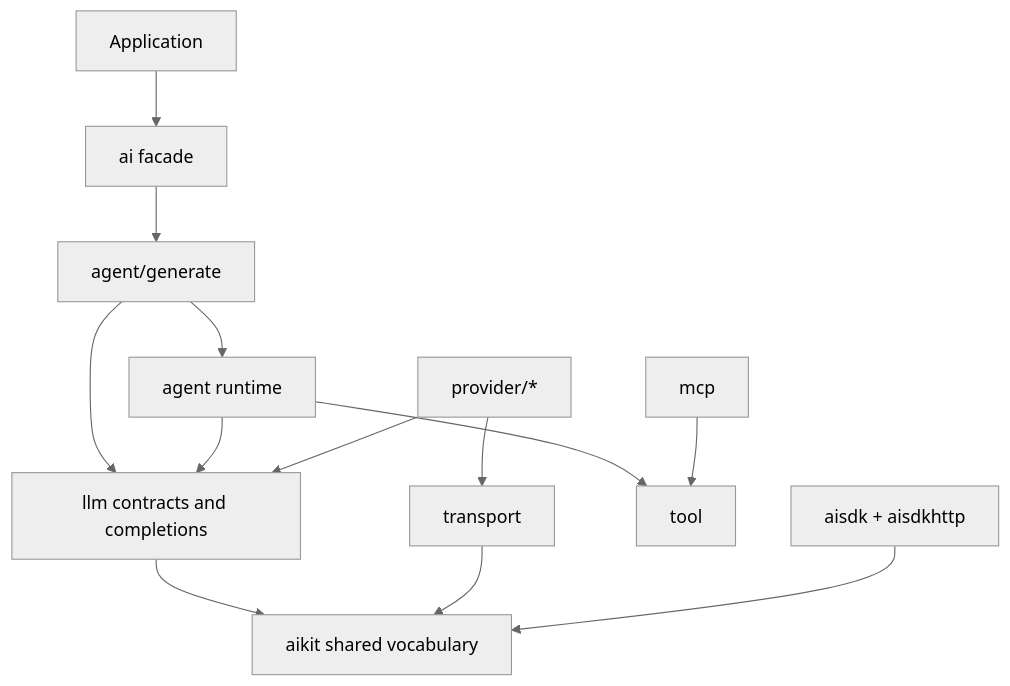
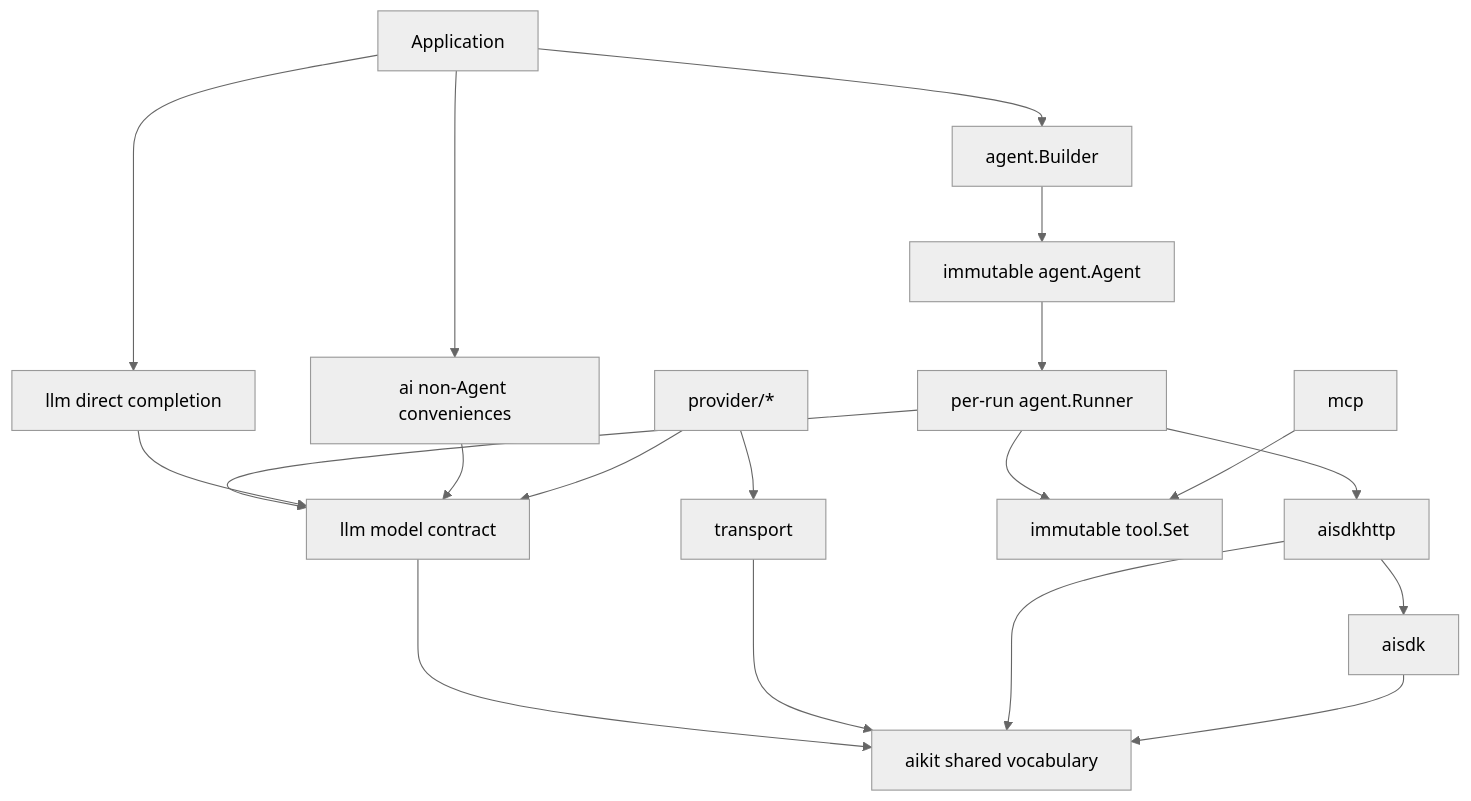
The diagram in docs/docs/architecture.md (open-ai-sdk/ai-go), drawn with Mermaid (neutral theme) before and after one commit. The commit also changed other lines of this file and 207 other files, not shown here.

First line of the commit message:
Refactor SDK architecture, event handling, and enhance documentation (#47)

````diff
--- a/docs/docs/architecture.md
+++ b/docs/docs/architecture.md
@@ -7,17 +7,23 @@
 ```mermaid
 flowchart TD
-    Application --> Facade["ai facade"]
-    Facade --> Generate["agent/generate"]
-    Generate --> Runtime["agent runtime"]
-    Generate --> LLM["llm contracts and completions"]
-    Runtime --> LLM
+    Application --> AI["ai non-Agent conveniences"]
+    Application --> Builder["agent.Builder"]
+    Application --> Direct["llm direct completion"]
+    Builder --> Agent["immutable agent.Agent"]
+    Agent --> Runner["per-run agent.Runner"]
+    Runner --> LLM["llm model contract"]
+    Direct --> LLM
+    AI --> LLM
 
     Providers["provider/*"] --> LLM
     Providers --> Transport["transport"]
 
     LLM --> Aikit["aikit shared vocabulary"]
     Transport --> Aikit
-    Runtime --> Tools["tool"]
+    Runner --> Tools["immutable tool.Set"]
     MCP["mcp"] --> Tools
-    UI["aisdk + aisdkhttp"] --> Aikit
+    Runner --> HTTP["aisdkhttp"]
+    HTTP --> UI["aisdk"]
+    HTTP --> Aikit
+    UI --> Aikit
 ```
````
